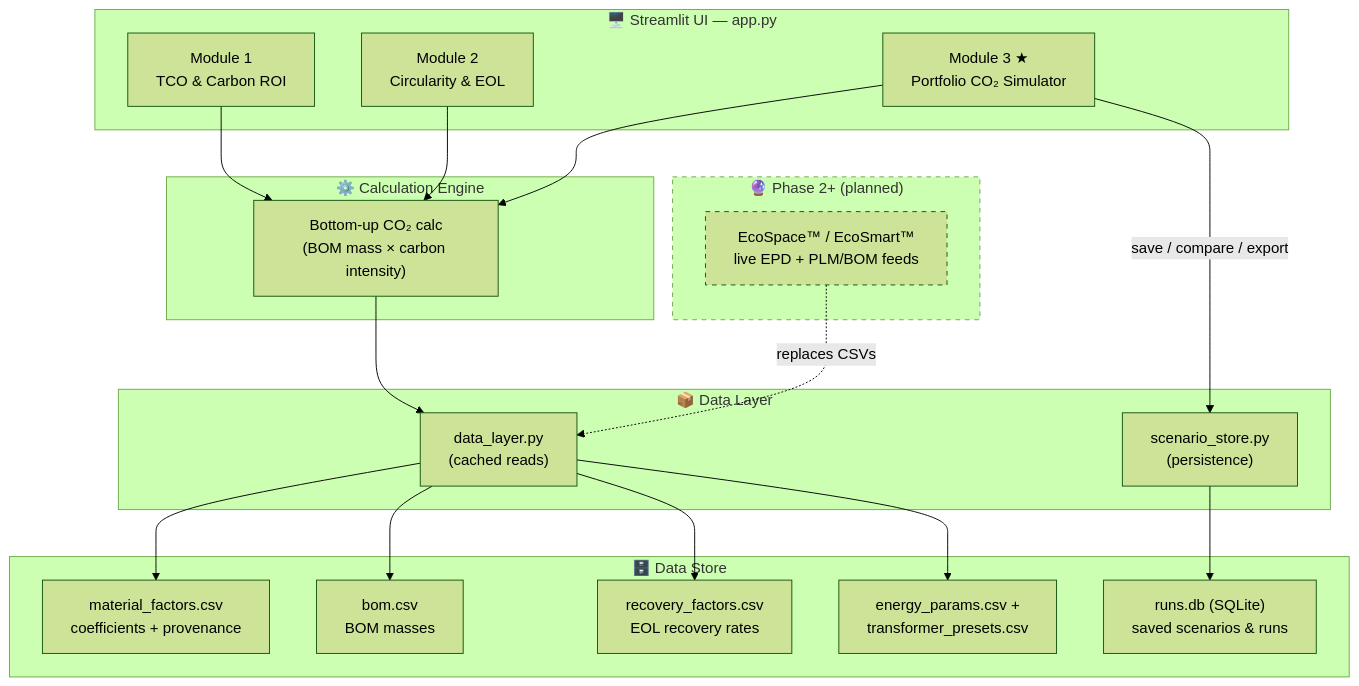
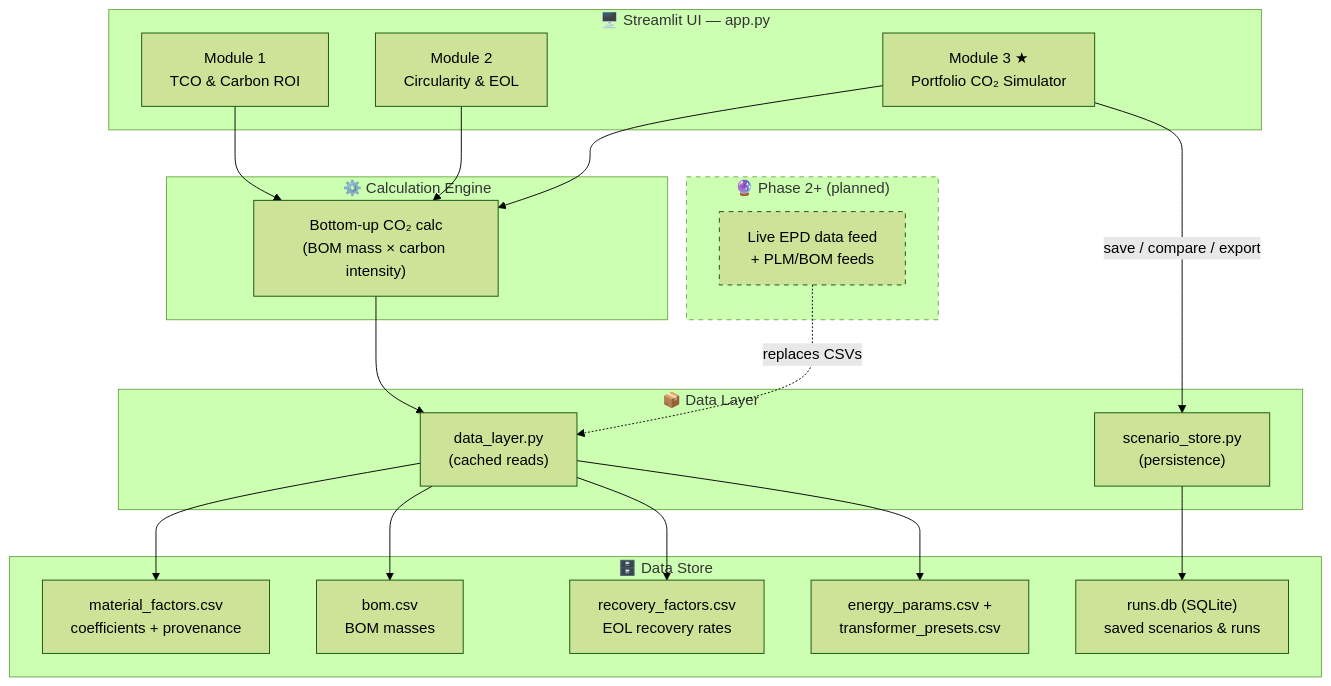
Before and after one commit to lugasraka/CO2-calculator-prototype-transformer: the first of 2 diagrams in README.md, drawn with Mermaid (forest theme). The commit also changed other lines of this file and 7 other files, not shown here.

````diff
--- a/README.md
+++ b/README.md
@@ -31,44 +31,44 @@
 ```mermaid
 flowchart TD
     subgraph UI["🖥️ Streamlit UI — app.py"]
         M1["Module 1<br/>TCO & Carbon ROI"]
         M2["Module 2<br/>Circularity & EOL"]
         M3["Module 3 ★<br/>Portfolio CO₂ Simulator"]
     end
 
     subgraph LOGIC["⚙️ Calculation Engine"]
         CALC["Bottom-up CO₂ calc<br/>(BOM mass × carbon intensity)"]
     end
 
     subgraph DATA["📦 Data Layer"]
         DL["data_layer.py<br/>(cached reads)"]
         SS["scenario_store.py<br/>(persistence)"]
     end
 
     subgraph STORE["🗄️ Data Store"]
         MF["material_factors.csv<br/>coefficients + provenance"]
         BOM["bom.csv<br/>BOM masses"]
         RF["recovery_factors.csv<br/>EOL recovery rates"]
         EP["energy_params.csv +<br/>transformer_presets.csv"]
         DB["runs.db (SQLite)<br/>saved scenarios & runs"]
     end
 
     subgraph FUTURE["🔮 Phase 2+ (planned)"]
-        FEED["EcoSpace™ / EcoSmart™<br/>live EPD + PLM/BOM feeds"]
+        FEED["Live EPD data feed<br/>+ PLM/BOM feeds"]
     end
 
     M1 --> CALC
     M2 --> CALC
     M3 --> CALC
     CALC --> DL
     M3 -->|save / compare / export| SS
     DL --> MF
     DL --> BOM
     DL --> RF
     DL --> EP
     SS --> DB
     FEED -.replaces CSVs.-> DL
 
     classDef future stroke-dasharray: 5 5;
     class FUTURE,FEED future;
 ```
````
